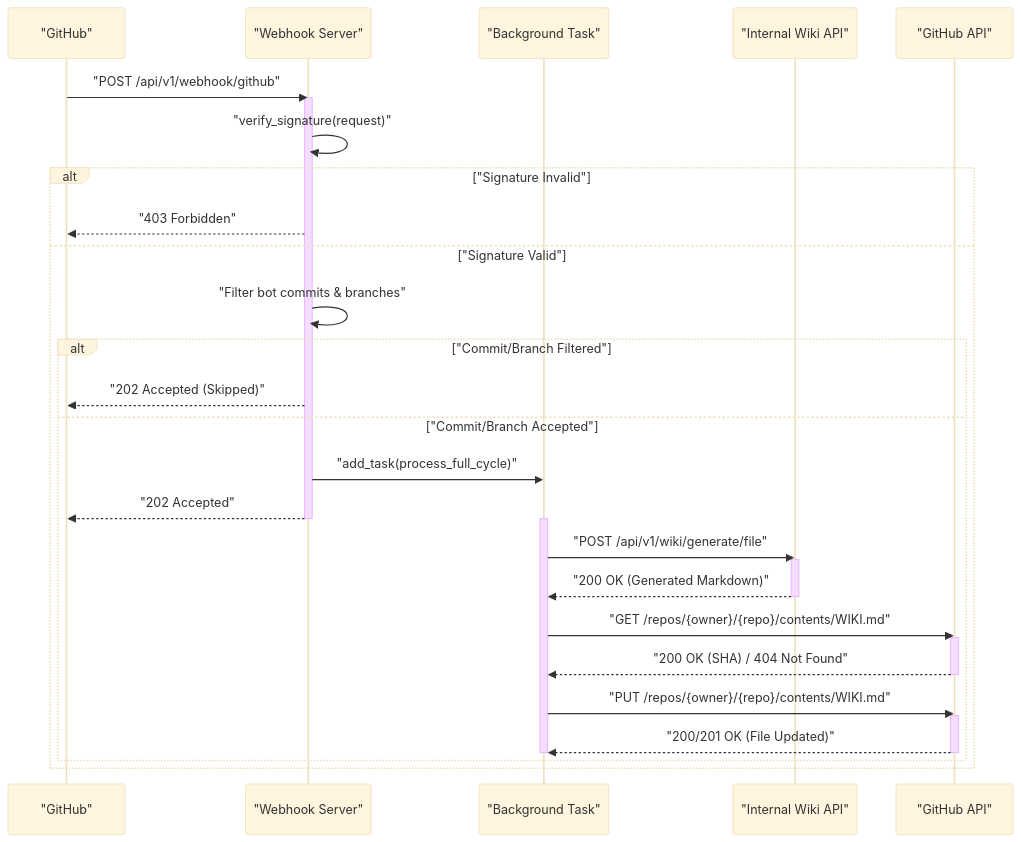
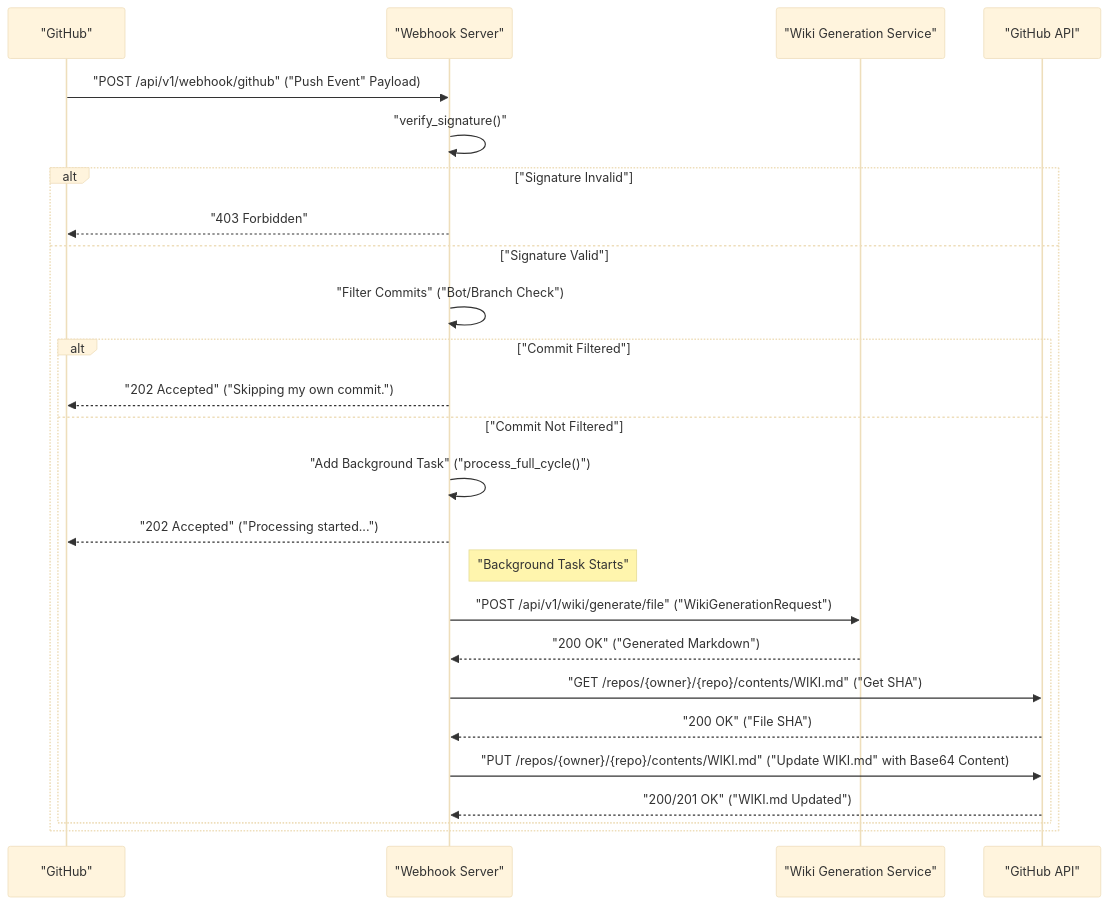
One commit to catuscio/wiki-as-readme changed the tenth of 19 diagrams in examples/wiki_as_README.md. Above: the diagram before and after it, drawn with Mermaid (base theme). The commit also changed other lines of this file, not shown here.

Commit message:
✨📚 Update examples/wiki_as_README.md via Wiki-As-Readme Action (ko)

````diff
--- a/examples/wiki_as_README.md
+++ b/examples/wiki_as_README.md
@@ -1418,39 +1372,28 @@
 ```mermaid
 sequenceDiagram
     participant GH as "GitHub"
     participant WS as "Webhook Server"
-    participant BG as "Background Task"
-    participant WAPI as "Internal Wiki API"
-    participant GAPI as "GitHub API"
+    participant WGS as "Wiki Generation Service"
+    participant GHA as "GitHub API"
 
-    GH->>WS: "POST /api/v1/webhook/github"
-    activate WS
-    WS->>WS: "verify_signature(request)"
+    GH->>WS: "POST /api/v1/webhook/github" ("Push Event" Payload)
+    WS->>WS: "verify_signature()"
     alt "Signature Invalid"
         WS-->>GH: "403 Forbidden"
     else "Signature Valid"
-        WS->>WS: "Filter bot commits & branches"
-        alt "Commit/Branch Filtered"
-            WS-->>GH: "202 Accepted (Skipped)"
-        else "Commit/Branch Accepted"
-            WS->>BG: "add_task(process_full_cycle)"
-            WS-->>GH: "202 Accepted"
-            deactivate WS
-
-            activate BG
-            BG->>WAPI: "POST /api/v1/wiki/generate/file"
-            activate WAPI
-            WAPI-->>BG: "200 OK (Generated Markdown)"
-            deactivate WAPI
-            BG->>GAPI: "GET /repos/{owner}/{repo}/contents/WIKI.md"
-            activate GAPI
-            GAPI-->>BG: "200 OK (SHA) / 404 Not Found"
-            deactivate GAPI
-            BG->>GAPI: "PUT /repos/{owner}/{repo}/contents/WIKI.md"
-            activate GAPI
-            GAPI-->>BG: "200/201 OK (File Updated)"
-            deactivate GAPI
-            deactivate BG
+        WS->>WS: "Filter Commits" ("Bot/Branch Check")
+        alt "Commit Filtered"
+            WS-->>GH: "202 Accepted" ("Skipping my own commit.")
+        else "Commit Not Filtered"
+            WS->>WS: "Add Background Task" ("process_full_cycle()")
+            WS-->>GH: "202 Accepted" ("Processing started...")
+            Note right of WS: "Background Task Starts"
+            WS->>WGS: "POST /api/v1/wiki/generate/file" ("WikiGenerationRequest")
+            WGS-->>WS: "200 OK" ("Generated Markdown")
+            WS->>GHA: "GET /repos/{owner}/{repo}/contents/WIKI.md" ("Get SHA")
+            GHA-->>WS: "200 OK" ("File SHA")
+            WS->>GHA: "PUT /repos/{owner}/{repo}/contents/WIKI.md" ("Update WIKI.md" with Base64 Content)
+            GHA-->>WS: "200/201 OK" ("WIKI.md Updated")
         end
     end
 ```
````
